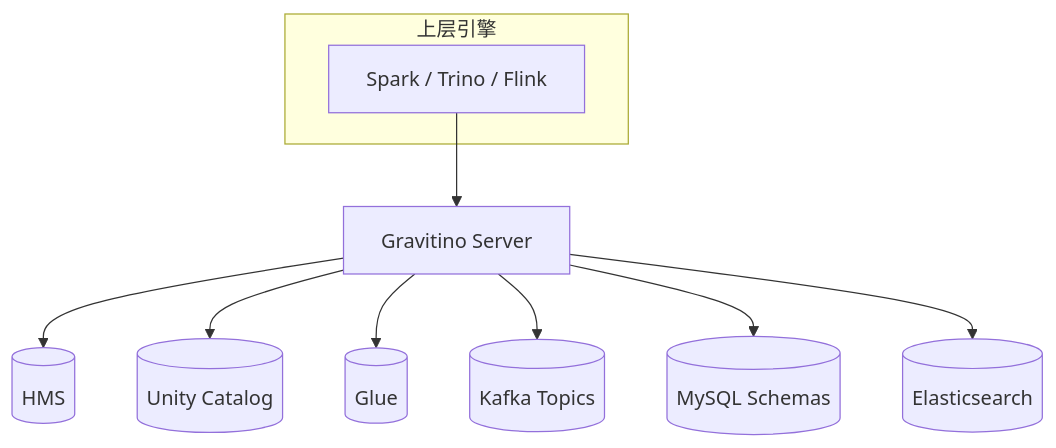
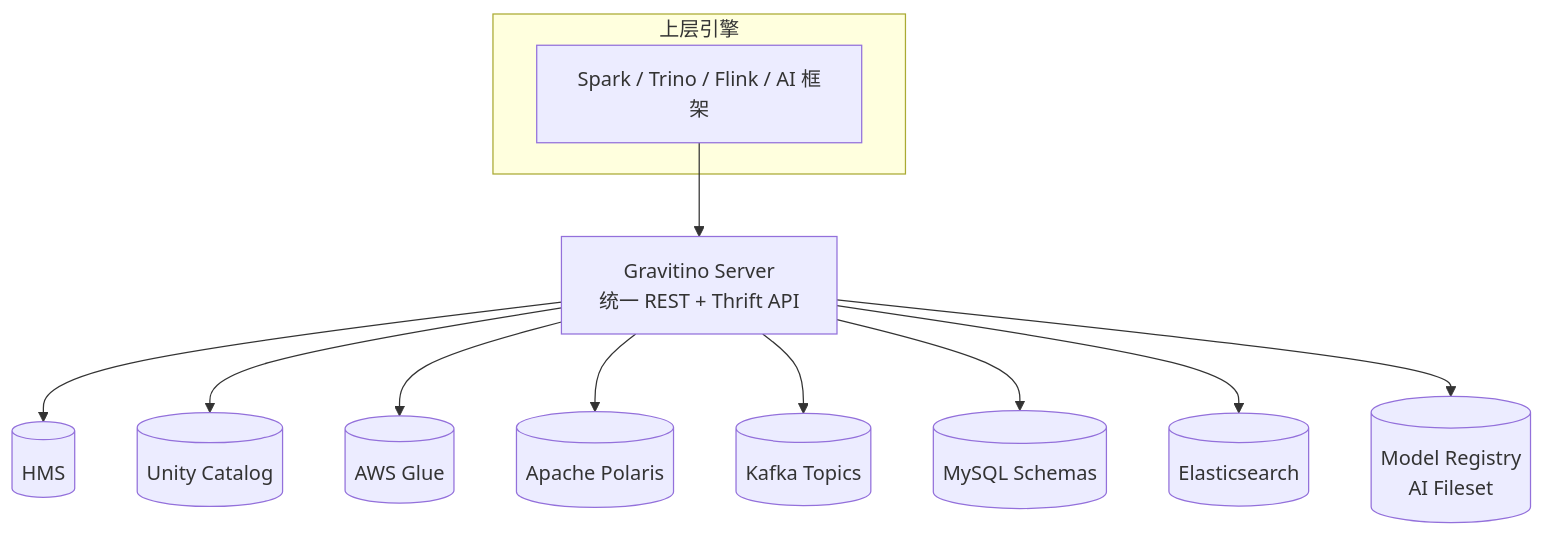
Before and after one commit to wangyong9999/lakehouse-wiki: the diagram in docs/catalog/gravitino.md, drawn with Mermaid. The commit also changed other lines of this file and 4 other files, not shown here.

````diff
--- a/docs/catalog/gravitino.md
+++ b/docs/catalog/gravitino.md
@@ -29,13 +42,15 @@
 ```mermaid
 flowchart TB
   subgraph "上层引擎"
-    spark[Spark / Trino / Flink]
+    spark[Spark / Trino / Flink / AI 框架]
   end
-  spark --> grav[Gravitino Server]
+  spark --> grav[Gravitino Server<br/>统一 REST + Thrift API]
   grav --> hms[(HMS)]
   grav --> uc[(Unity Catalog)]
-  grav --> glue[(Glue)]
+  grav --> glue[(AWS Glue)]
+  grav --> pol[(Apache Polaris)]
   grav --> kafka[(Kafka Topics)]
   grav --> mysql[(MySQL Schemas)]
   grav --> es[(Elasticsearch)]
+  grav --> mm[(Model Registry<br/>AI Fileset)]
 ```
````
